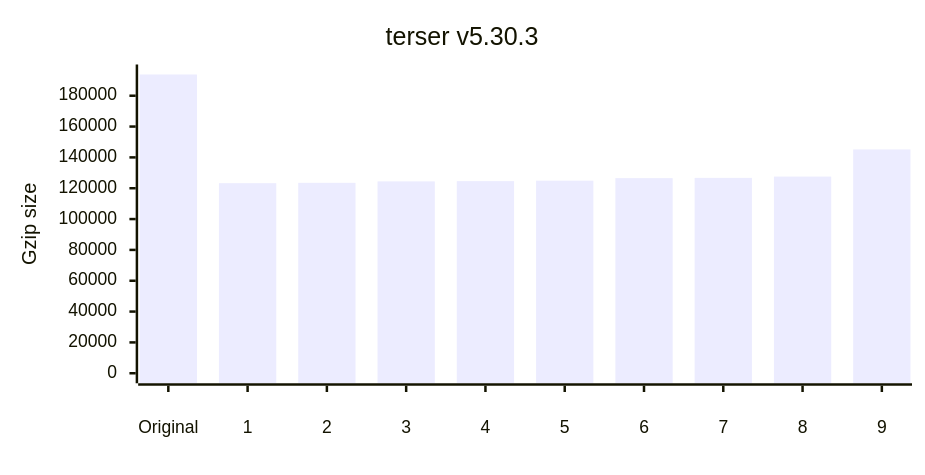
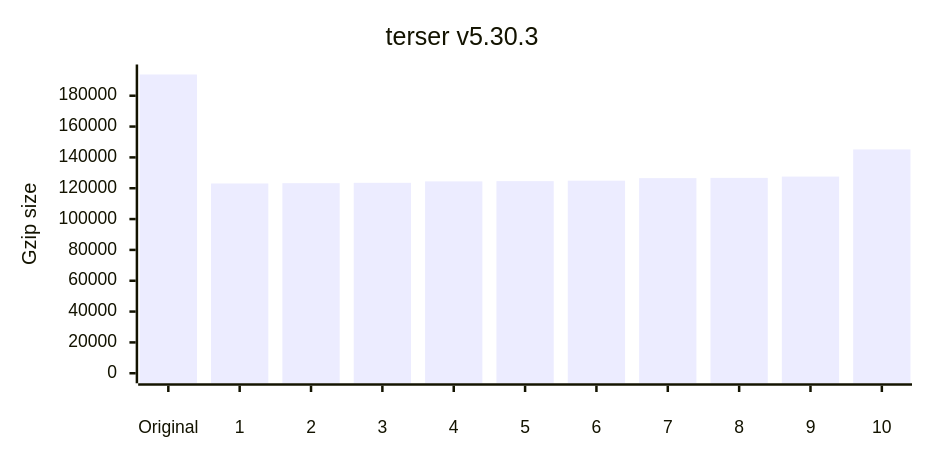
The seventh of 12 diagrams in README.md (privatenumber/minification-benchmarks), drawn with Mermaid before and after one commit. The commit also changed other lines of this file and 1 other file, not shown here.

````diff
--- a/README.md
+++ b/README.md
@@ -303,17 +303,17 @@
 ```mermaid
 ---
 config:
     xyChart:
         width: 720
         height: 360
         xAxis:
             labelPadding: 20
         yAxis:
             labelPadding: 10
 ---
 xychart-beta
 	title "terser v5.30.3"
-	x-axis ["Original",1,2,3,4,5,6,7,8,9]
+	x-axis ["Original",1,2,3,4,5,6,7,8,9,10]
 	y-axis "Gzip size" 0 --> 193763
-	bar [193763,123276,123502,124428,124609,124900,126562,126706,127551,145178]
+	bar [193763,123068,123276,123502,124428,124609,124900,126562,126706,127551,145178]
 ```
````
